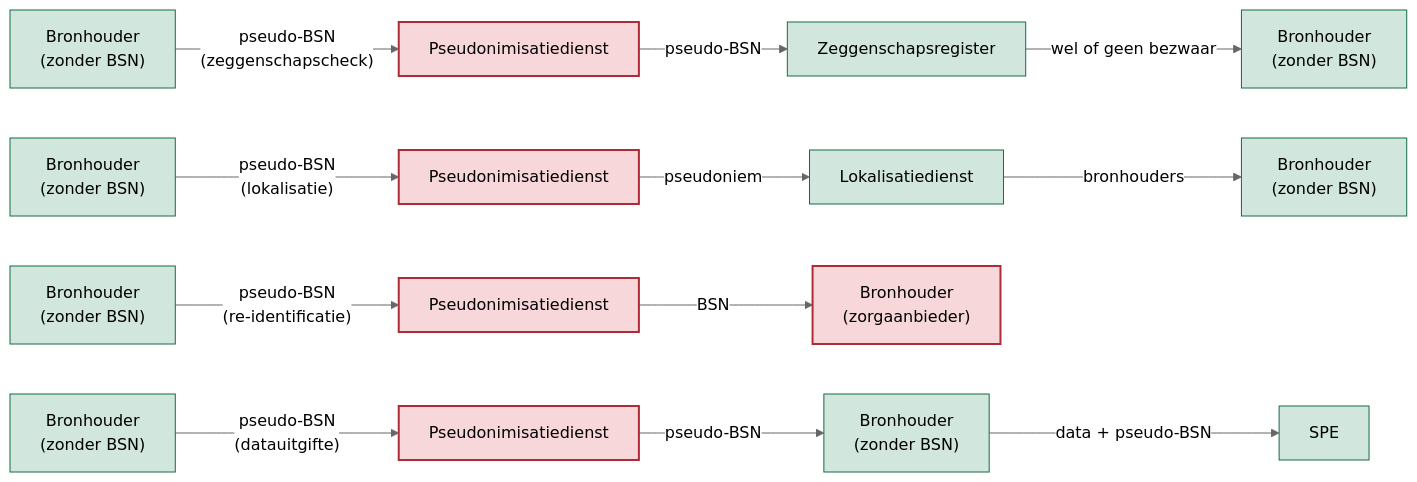
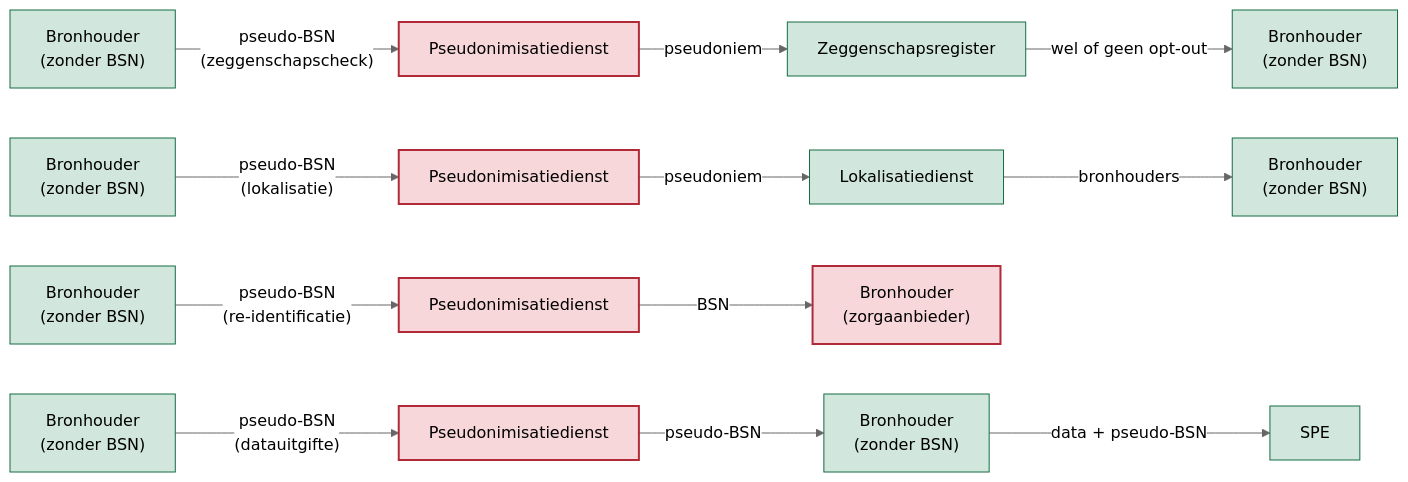
One commit to minvws/generiekefuncties-docs changed the second of 9 diagrams in input/pagecontent/identification-sg.md. Above: the diagram before and after it, drawn with Mermaid (neutral theme). The commit also changed other lines of this file and 2 other files, not shown here.

````diff
--- a/input/pagecontent/identification-sg.md
+++ b/input/pagecontent/identification-sg.md
@@ -128,22 +86,22 @@
 ```mermaid
 flowchart LR
     nvb["Bronhouder<br/>(zonder BSN)"] -- "pseudo-BSN<br/>(zeggenschapscheck)" --> pdb["Pseudonimisatiedienst"]
-    pdb -- "pseudo-BSN" --> zr["Zeggenschapsregister"]
-    zr -- "wel of geen bezwaar" --> nvb2["Bronhouder<br/>(zonder BSN)"]
+    pdb -- "pseudoniem" --> zr["Zeggenschapsregister"]
+    zr -- "wel of geen opt-out" --> nvb2["Bronhouder<br/>(zonder BSN)"]
 
     nvc["Bronhouder<br/>(zonder BSN)"] -- "pseudo-BSN<br/>(lokalisatie)" --> pdc["Pseudonimisatiedienst"]
     pdc -- "pseudoniem" --> ld["Lokalisatiedienst"]
     ld -- "bronhouders" --> nvc2["Bronhouder<br/>(zonder BSN)"]
 
     nva["Bronhouder<br/>(zonder BSN)"] -- "pseudo-BSN<br/>(re-identificatie)" --> pda["Pseudonimisatiedienst"]
     pda -- "BSN" --> brona["Bronhouder<br/>(zorgaanbieder)"]
 
     nvd["Bronhouder<br/>(zonder BSN)"] -- "pseudo-BSN<br/>(datauitgifte)" --> pdd["Pseudonimisatiedienst"]
     pdd -- "pseudo-BSN" --> nvd2["Bronhouder<br/>(zonder BSN)"]
     nvd2 -- "data + pseudo-BSN" --> spe["SPE"]
 
     classDef bsnNode fill:#f8d7da,stroke:#b02a37,stroke-width:2px,color:#000
     classDef geenBsnNode fill:#d1e7dd,stroke:#146c43,color:#000
     class pda,pdb,pdc,pdd,brona bsnNode
     class nva,nvb,nvb2,nvc,nvc2,nvd,nvd2,zr,ld,spe geenBsnNode
 ```
````
